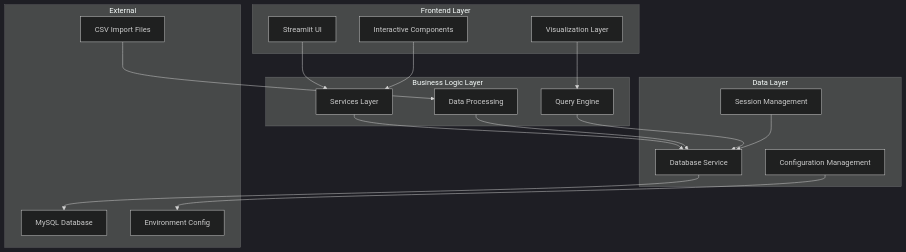
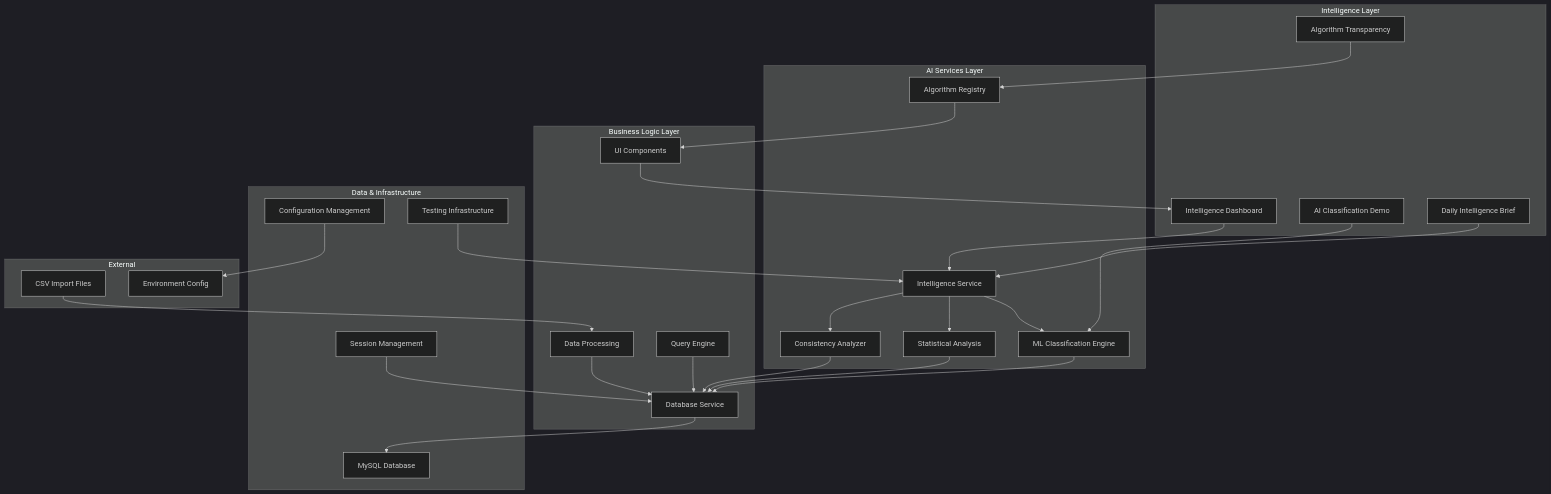
The first of 3 diagrams in docs/developer/architecture.md (dagny099/fitness-dashboard), drawn with Mermaid (dark theme) before and after one commit. The commit also changed other lines of this file and 8 other files, not shown here.

Commit message:
docs: updated docs with new intelligence platform features including algorithm transparency descriptions

````diff
--- a/docs/developer/architecture.md
+++ b/docs/developer/architecture.md
@@ -9,37 +9,56 @@
 ```mermaid
 graph TB
-    subgraph "Frontend Layer"
-        A[Streamlit UI]
-        B[Interactive Components]
-        C[Visualization Layer]
+    subgraph "Intelligence Layer"
+        A[Intelligence Dashboard]
+        B[Algorithm Transparency]
+        C[AI Classification Demo]
+        D[Daily Intelligence Brief]
+    end
+    
+    subgraph "AI Services Layer"
+        E[Intelligence Service]
+        F[ML Classification Engine]
+        G[Statistical Analysis]
+        H[Consistency Analyzer]
+        I[Algorithm Registry]
     end
     
     subgraph "Business Logic Layer"
-        D[Services Layer]
-        E[Data Processing]
-        F[Query Engine]
+        J[Database Service]
+        K[Data Processing]
+        L[Query Engine]
+        M[UI Components]
     end
     
-    subgraph "Data Layer"
-        G[Database Service]
-        H[Configuration Management]
-        I[Session Management]
+    subgraph "Data & Infrastructure"
+        N[MySQL Database]
+        O[Configuration Management]
+        P[Session Management]
+        Q[Testing Infrastructure]
     end
     
     subgraph "External"
-        J[MySQL Database]
-        K[CSV Import Files]
-        L[Environment Config]
+        R[CSV Import Files]
+        S[Environment Config]
     end
     
-    A --> D
-    B --> D
+    A --> E
+    B --> I
     C --> F
-    D --> G
+    D --> E
+    E --> F
     E --> G
-    F --> G
+    E --> H
+    F --> J
     G --> J
-    H --> L
-    I --> G
-    K --> E
+    H --> J
+    I --> M
+    J --> N
+    K --> J
+    L --> J
+    M --> A
+    O --> S
+    P --> J
+    Q --> E
+    R --> K
 ```
````
